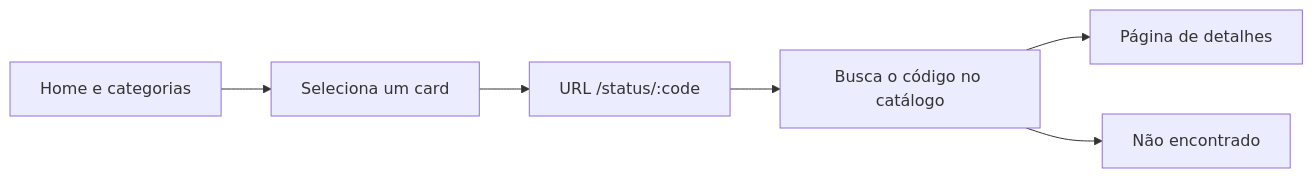
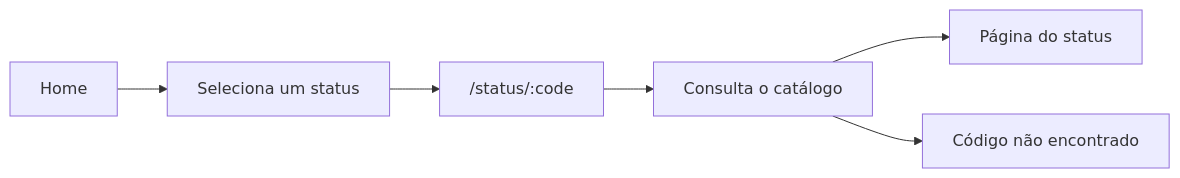
The diagram in README.md (EnzoNukui/HTTPmon), drawn with Mermaid before and after one commit. The commit also changed other lines of this file, not shown here.

````diff
--- a/README.md
+++ b/README.md
@@ -80,8 +151,8 @@
 ```mermaid
 flowchart LR
-    A[Home e categorias] --> B[Seleciona um card]
-    B --> C[URL /status/:code]
-    C --> D[Busca o código no catálogo]
-    D --> E[Página de detalhes]
-    D --> F[Não encontrado]
+    A[Home] --> B[Seleciona um status]
+    B --> C["/status/:code"]
+    C --> D[Consulta o catálogo]
+    D --> E[Página do status]
+    D --> F[Código não encontrado]
 ```
````
